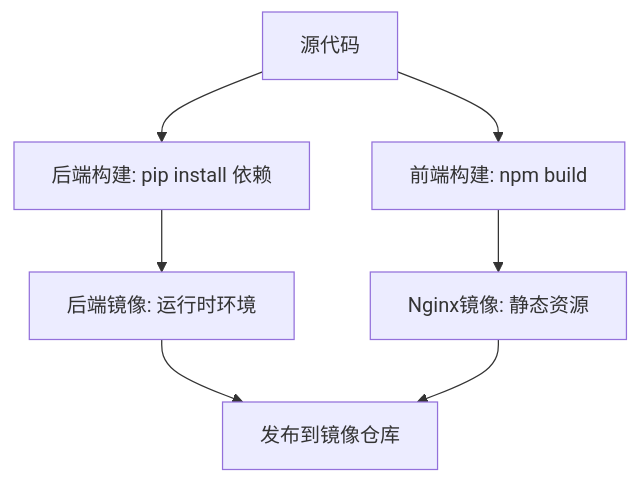
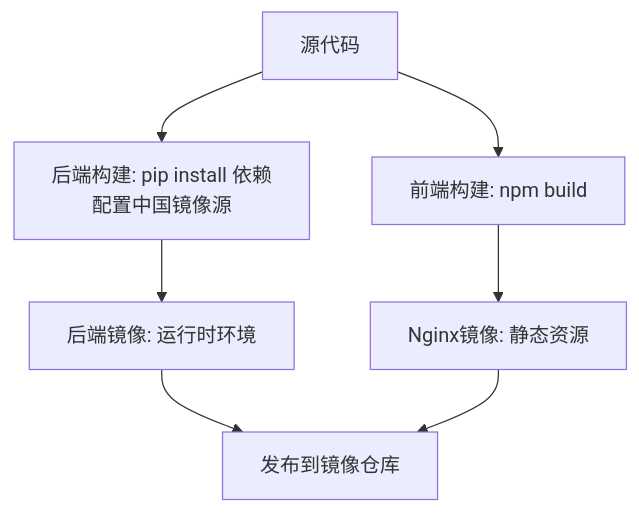
The third of 9 diagrams in .qoder/repowiki/zh/content/部署配置/部署配置.md (vu1Art1st/talos), drawn with Mermaid before and after one commit. The commit also changed other lines of this file and 132 other files, not shown here.

````diff
--- a/.qoder/repowiki/zh/content/部署配置/部署配置.md
+++ b/.qoder/repowiki/zh/content/部署配置/部署配置.md
@@ -163,9 +163,9 @@
 ```mermaid
 flowchart TD
-A["源代码"] --> B["后端构建: pip install 依赖"]
+A["源代码"] --> B["后端构建: pip install 依赖<br/>配置中国镜像源"]
 A --> C["前端构建: npm build"]
 B --> D["后端镜像: 运行时环境"]
 C --> E["Nginx镜像: 静态资源"]
 D --> F["发布到镜像仓库"]
 E --> F
 ```
````
